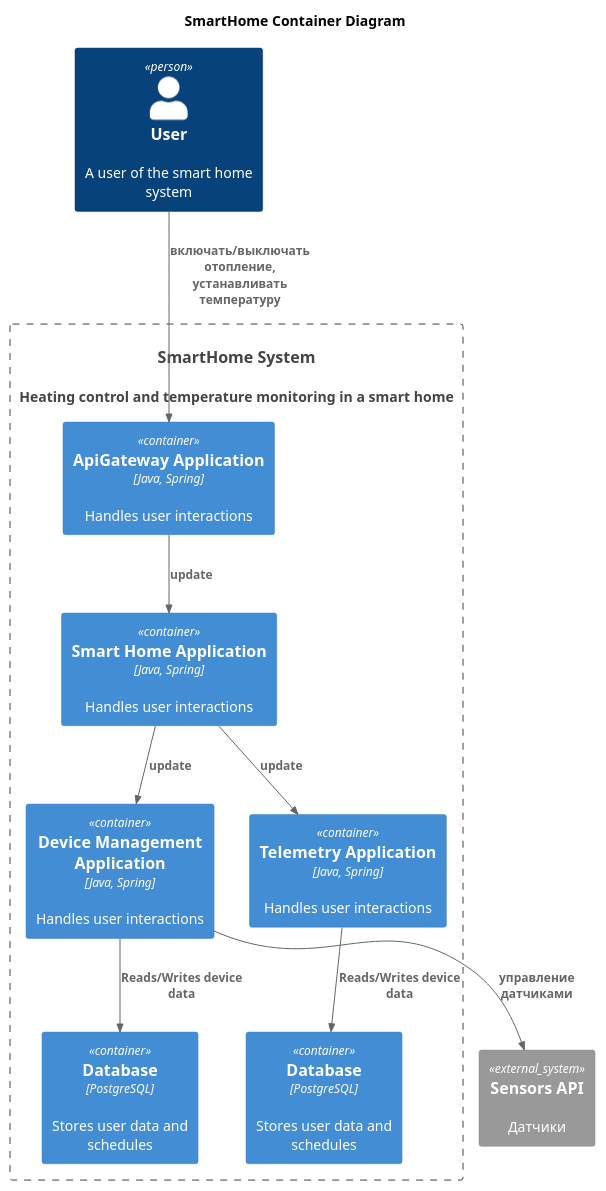
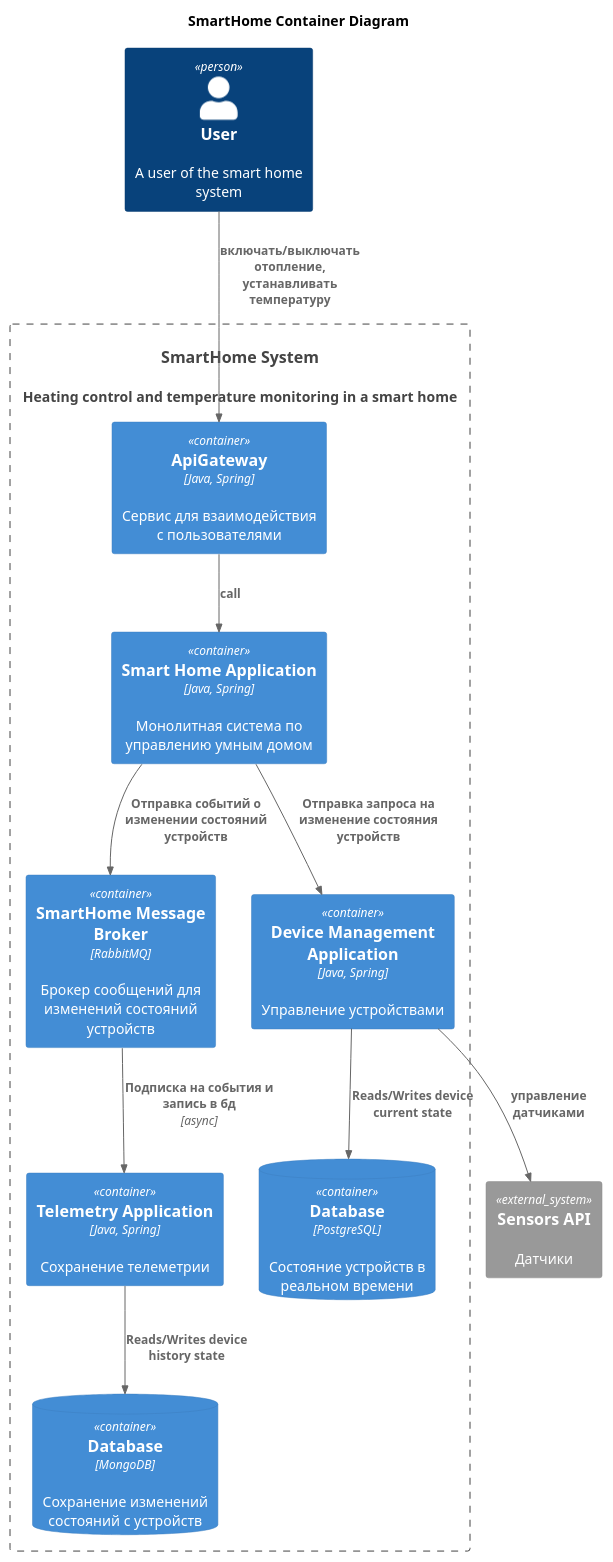
One commit to mukminova/yandex-architecture-sprint-3 changed the diagram in diagrams/container/Container.puml. Above: the diagram before and after it, drawn with PlantUML. The commit also changed 1 other file, not shown here.

```diff
--- a/diagrams/container/Container.puml
+++ b/diagrams/container/Container.puml
@@ -1,29 +1,31 @@
 @startuml
 title SmartHome Container Diagram
 
 top to bottom direction
 
 !includeurl https://raw.githubusercontent.com/RicardoNiepel/C4-PlantUML/master/C4_Component.puml
 
 Person(user, "User", "A user of the smart home system")
 System_Ext(sensors, "Sensors API", "Датчики")
 System(SmartHomeSystem, "SmartHome System", "Heating control and temperature monitoring in a smart home")
 
 Container_Boundary(SmartHomeSystem, "SmartHome System") {
-  Container(ApiGateway, "ApiGateway Application", "Java, Spring", "Handles user interactions")
-  Container(SmartHomeMonolith, "Smart Home Application", "Java, Spring", "Handles user interactions")
-  Container(DeviceApp, "Device Management Application", "Java, Spring", "Handles user interactions")
-  Container(TelemetryApp, "Telemetry Application", "Java, Spring", "Handles user interactions")
-  Container(DeviceDatabase, "Database", "PostgreSQL", "Stores user data and schedules")
-  Container(TelemetryDatabase, "Database", "PostgreSQL", "Stores user data and schedules")
+  Container(ApiGateway, "ApiGateway", "Java, Spring", "Сервис для взаимодействия с пользователями")
+  Container(SmartHomeMonolith, "Smart Home Application", "Java, Spring", "Монолитная система по управлению умным домом")
+  Container(SmartHomeMessageBroker, "SmartHome Message Broker", "RabbitMQ", "Брокер сообщений для изменений состояний устройств")
+  Container(DeviceApp, "Device Management Application", "Java, Spring", "Управление устройствами")
+  Container(TelemetryApp, "Telemetry Application", "Java, Spring", "Сохранение телеметрии")
+  ContainerDb(DeviceDatabase, "Database", "PostgreSQL", "Состояние устройств в реальном времени")
+  ContainerDb(TelemetryDatabase, "Database", "MongoDB", "Сохранение изменений состояний с устройств")
 }
 
 Rel(user, ApiGateway, "включать/выключать отопление, устанавливать температуру")
-Rel(ApiGateway, SmartHomeMonolith, "update")
-Rel(SmartHomeMonolith, DeviceApp, "update")
-Rel(SmartHomeMonolith, TelemetryApp, "update")
-Rel(DeviceApp,DeviceDatabase,"Reads/Writes device data")
-Rel(TelemetryApp,TelemetryDatabase,"Reads/Writes device data")
+Rel(ApiGateway, SmartHomeMonolith, "call")
+Rel(SmartHomeMonolith, SmartHomeMessageBroker, "Отправка событий о изменении состояний устройств")
+Rel(SmartHomeMonolith, DeviceApp, "Отправка запроса на изменение состояния устройств")
+Rel(SmartHomeMessageBroker, TelemetryApp, "Подписка на события и запись в бд", "async")
+Rel(DeviceApp,DeviceDatabase,"Reads/Writes device current state")
+Rel(TelemetryApp,TelemetryDatabase,"Reads/Writes device history state")
 Rel(DeviceApp,sensors,"управление датчиками")
 
 @enduml
```
